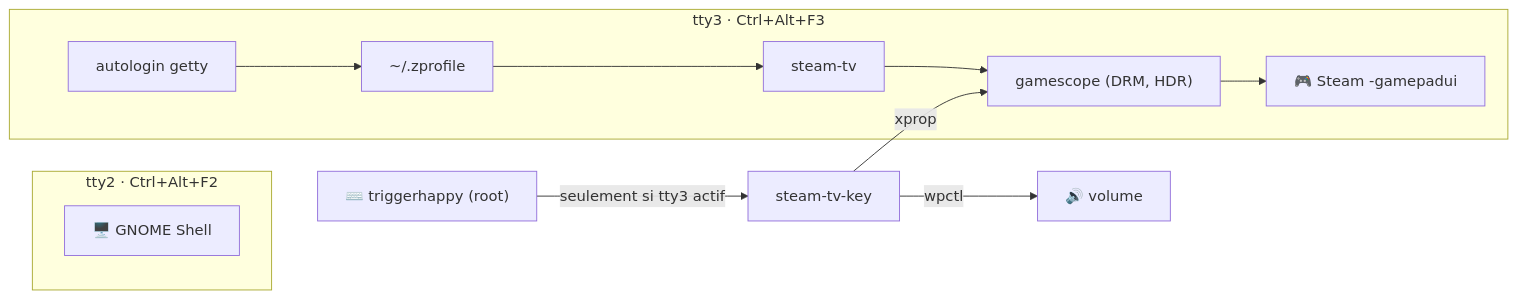
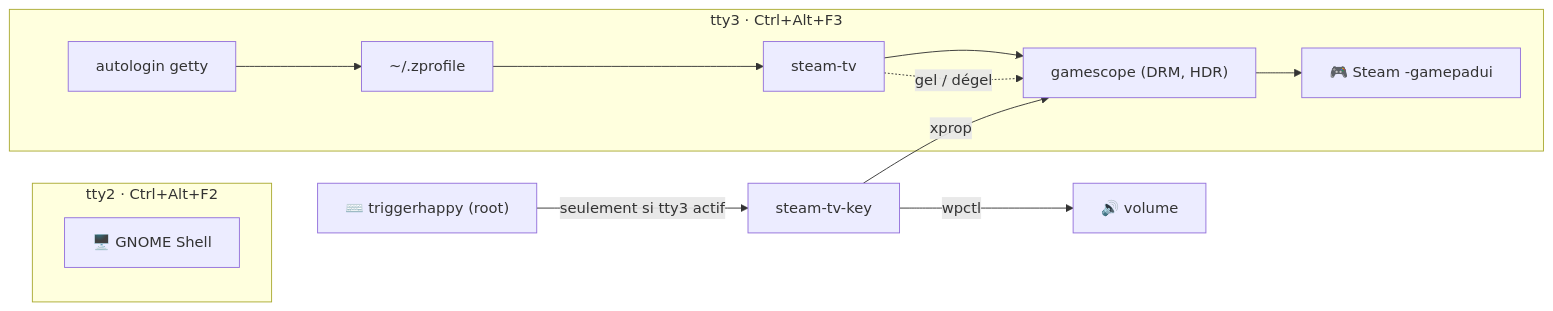
One commit to nattyebola/home-server-services changed the first of 2 diagrams in steam-tv/README.md. Above: the diagram before and after it, drawn with Mermaid. The commit also changed other lines of this file and 2 other files, not shown here.

````diff
--- a/steam-tv/README.md
+++ b/steam-tv/README.md
@@ -13,13 +13,14 @@
 ```mermaid
 flowchart LR
     subgraph vt2["tty2 · Ctrl+Alt+F2"]
         GNOME["🖥️ GNOME Shell"]
     end
     subgraph vt3["tty3 · Ctrl+Alt+F3"]
         getty["autologin getty"] --> zp["~/.zprofile"] --> st["steam-tv"]
         st --> gs["gamescope (DRM, HDR)"] --> steam["🎮 Steam -gamepadui"]
+        st -.->|"gel / dégel"| gs
     end
     thd["⌨️ triggerhappy (root)"] -->|"seulement si tty3 actif"| key["steam-tv-key"]
     key -->|wpctl| audio["🔊 volume"]
     key -->|xprop| gs
 ```
````
